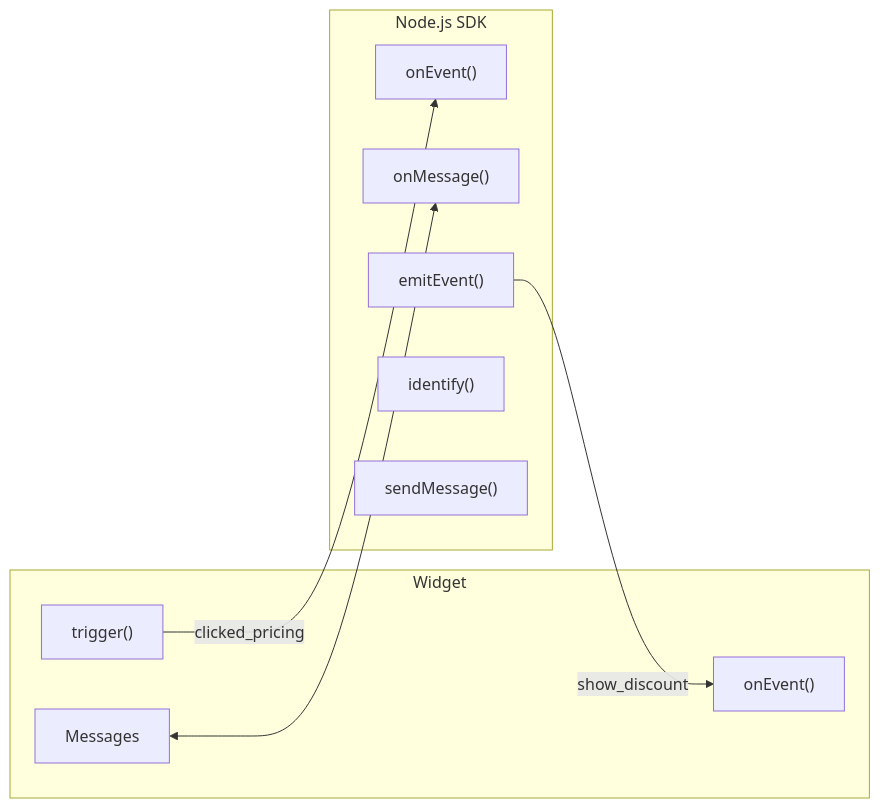
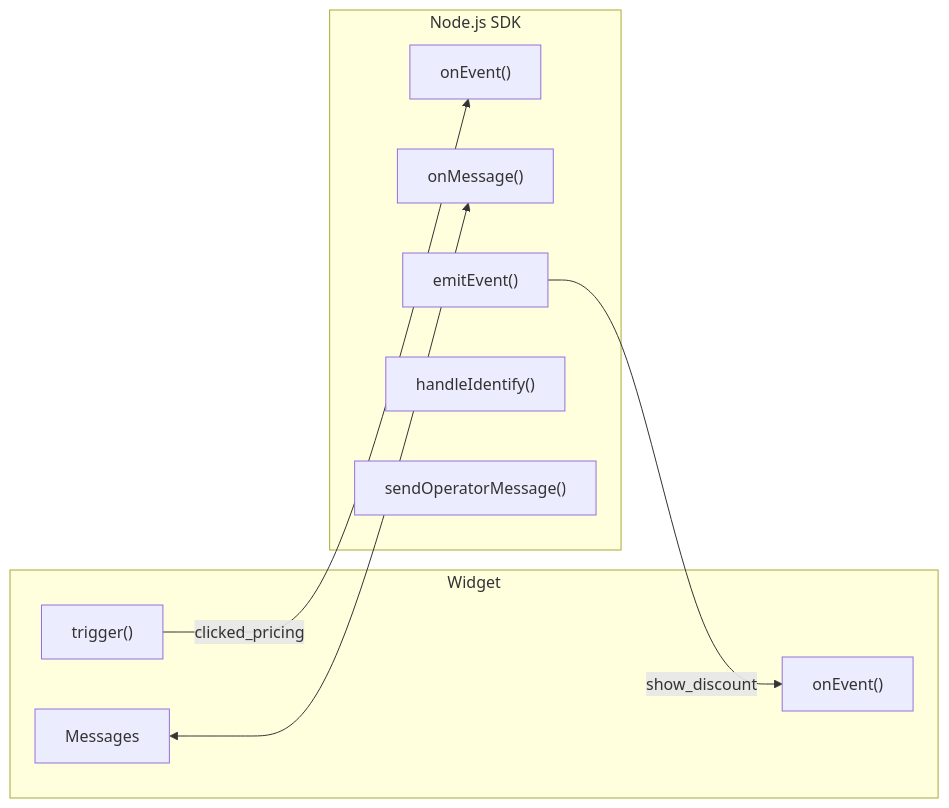
One commit to Ruwad-io/pocketping changed the first of 3 diagrams in docs-site/docs/sdk/nodejs.md. Above: the diagram before and after it, drawn with Mermaid. The commit also changed other lines of this file and 19 other files, not shown here.

````diff
--- a/docs-site/docs/sdk/nodejs.md
+++ b/docs-site/docs/sdk/nodejs.md
@@ -11,20 +11,20 @@
 ```mermaid
 flowchart LR
     subgraph widget["Widget"]
         trigger["trigger()"]
         listen["onEvent()"]
         msgs["Messages"]
     end
 
     subgraph sdk["Node.js SDK"]
         onEvent["onEvent()"]
         onMessage["onMessage()"]
         emitEvent["emitEvent()"]
-        identify["identify()"]
-        sendMessage["sendMessage()"]
+        identify["handleIdentify()"]
+        sendOp["sendOperatorMessage()"]
     end
 
     trigger -->|"clicked_pricing"| onEvent
     msgs <--> onMessage
     emitEvent -->|"show_discount"| listen
 ```
````
